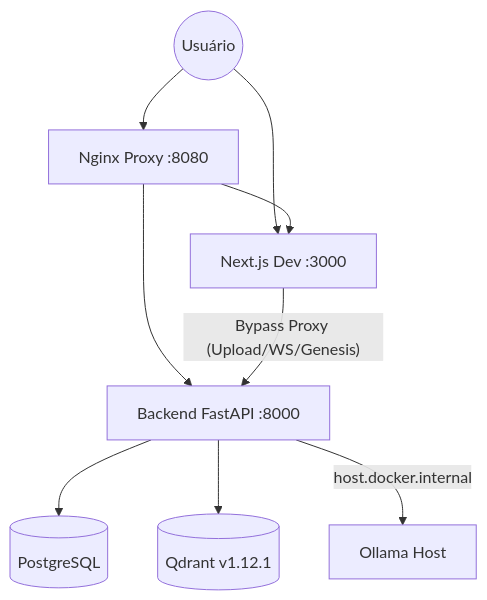
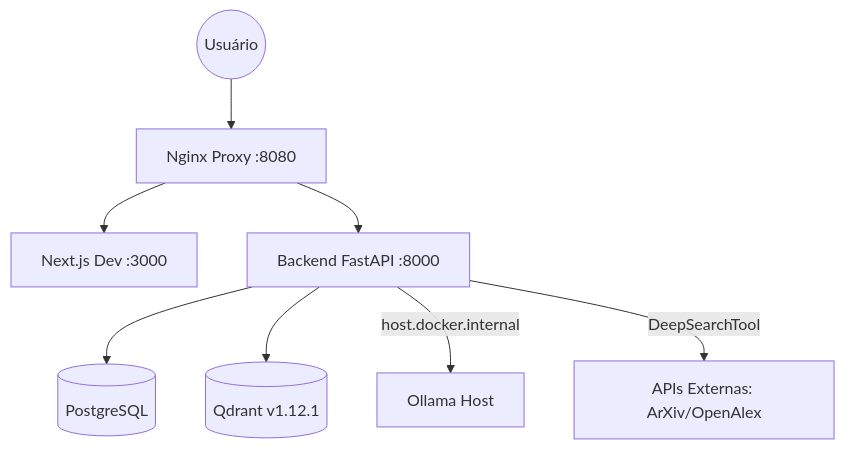
The diagram in DOCUMENTACAO_TECNICA.md (floodnet666/orientador-ia), drawn with Mermaid before and after one commit. The commit also changed other lines of this file and 1 other file, not shown here.

Commit message:
docs/backend: Sincronia de Arquitetura v9.2.1 - Unificacao de Debate e Resiliencia Genesis

````diff
--- a/DOCUMENTACAO_TECNICA.md
+++ b/DOCUMENTACAO_TECNICA.md
@@ -19,11 +17,10 @@
 ```mermaid
 graph TD
     User((Usuário)) --> Proxy[Nginx Proxy :8080]
-    User --> Frontend[Next.js Dev :3000]
-    Proxy --> Frontend
+    Proxy --> Frontend[Next.js Dev :3000]
     Proxy --> Backend[Backend FastAPI :8000]
-    Frontend -- "Bypass Proxy (Upload/WS/Genesis)" --> Backend
     Backend --> DB[(PostgreSQL)]
     Backend --> VectDB[(Qdrant v1.12.1)]
     Backend -- "host.docker.internal" --> LLM[Ollama Host]
+    Backend -- "DeepSearchTool" --> API[APIs Externas: ArXiv/OpenAlex]
 ```
````
